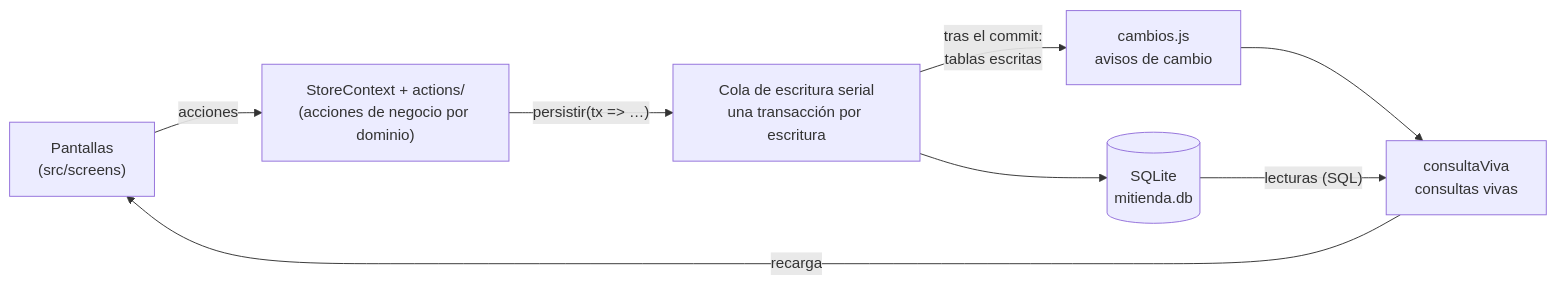
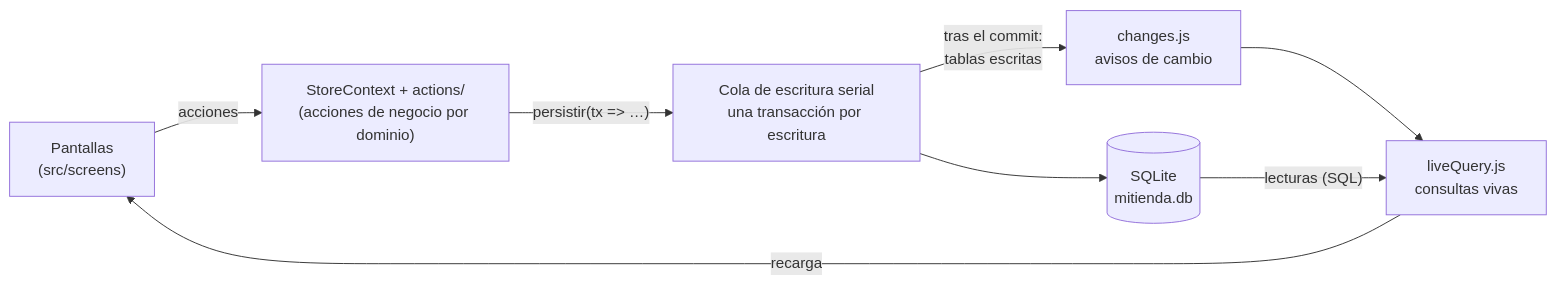
One commit to sosagonzales0409-max/LudyShop changed the diagram in README.es.md. Above: the diagram before and after it, drawn with Mermaid. The commit also changed other lines of this file and 83 other files, not shown here.

````diff
--- a/README.es.md
+++ b/README.es.md
@@ -74,10 +74,10 @@
 ```mermaid
 flowchart LR
     UI["Pantallas<br/>(src/screens)"] -->|acciones| CTX["StoreContext + actions/<br/>(acciones de negocio por dominio)"]
     CTX -->|"persistir(tx => …)"| Q["Cola de escritura serial<br/>una transacción por escritura"]
     Q --> DB[("SQLite<br/>mitienda.db")]
-    Q -->|"tras el commit:<br/>tablas escritas"| EV["cambios.js<br/>avisos de cambio"]
-    EV --> LIVE["consultaViva<br/>consultas vivas"]
+    Q -->|"tras el commit:<br/>tablas escritas"| EV["changes.js<br/>avisos de cambio"]
+    EV --> LIVE["liveQuery.js<br/>consultas vivas"]
     LIVE -->|recarga| UI
     DB -->|"lecturas (SQL)"| LIVE
 ```
````
